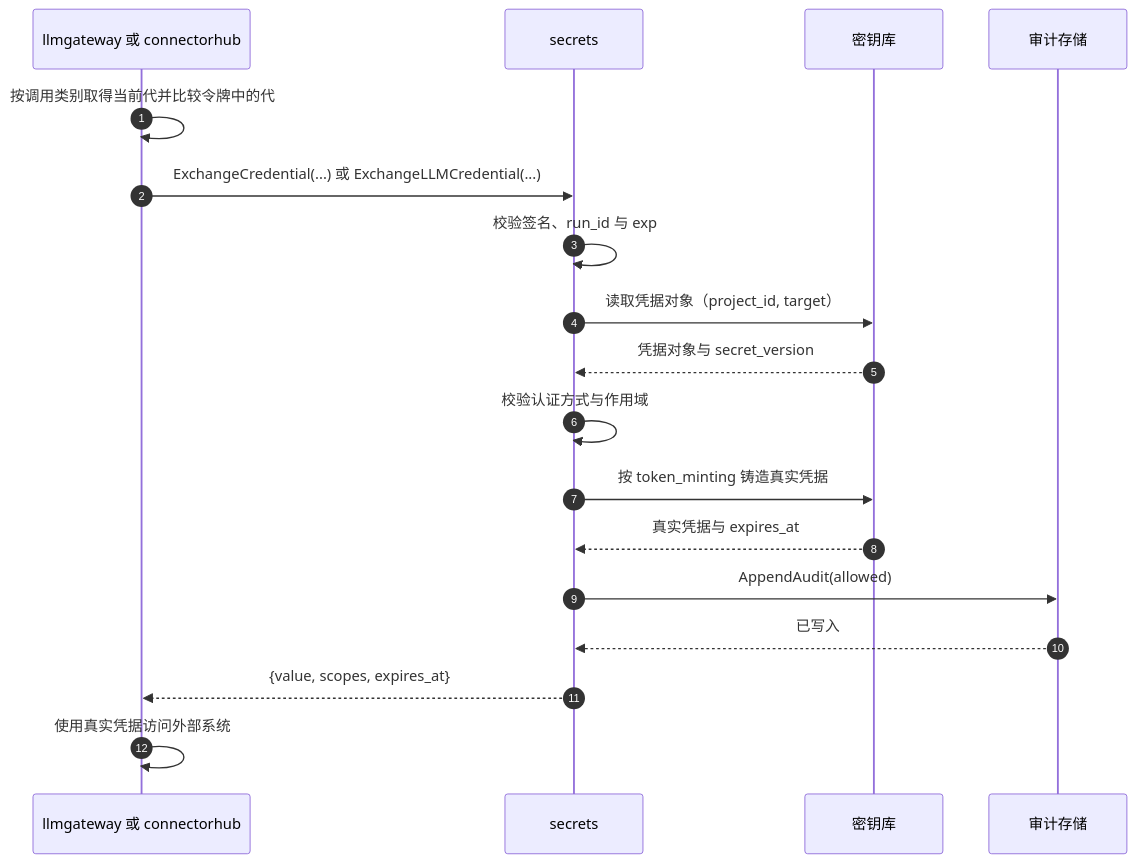
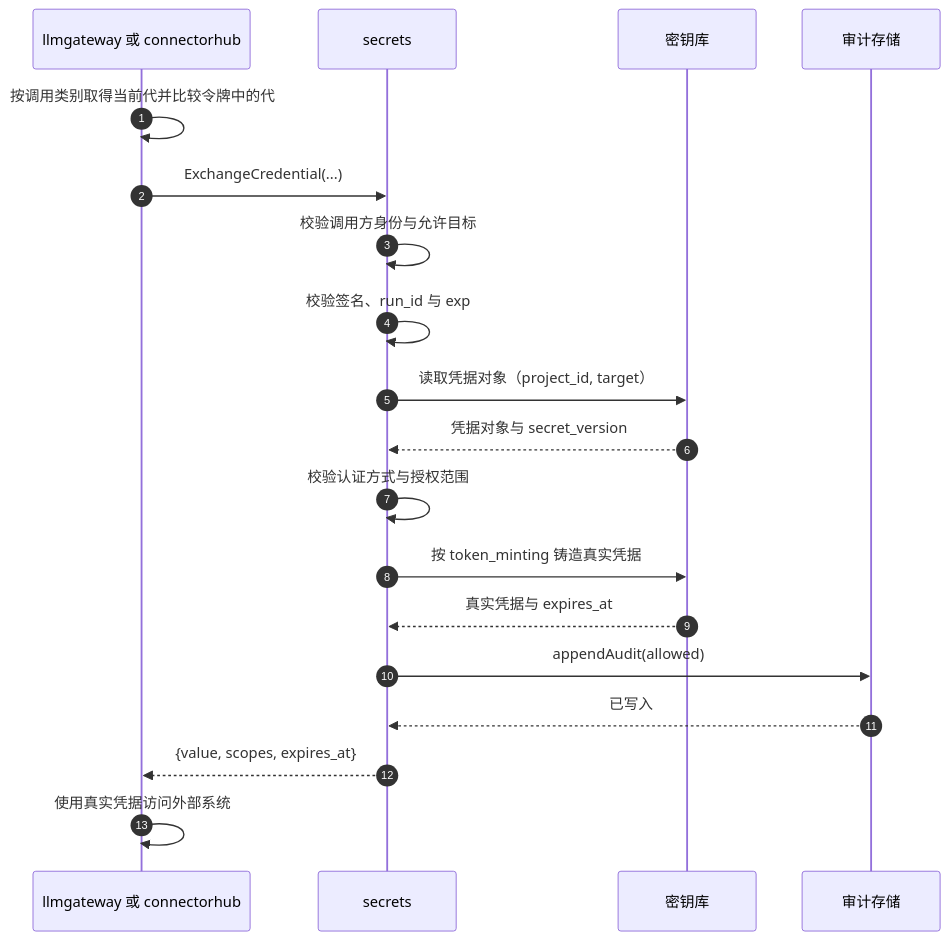
Before and after one commit to wangzw/castworks: the third of 4 diagrams in docs/design/modules/design-secrets.md, drawn with Mermaid. The commit also changed other lines of this file and 5 other files, not shown here.

First line of the commit message:
fix(secrets): align credential-exchange auditing with egress errors

````diff
--- a/docs/design/modules/design-secrets.md
+++ b/docs/design/modules/design-secrets.md
@@ -295,20 +323,21 @@
 ```mermaid
 sequenceDiagram
     autonumber
     participant G as llmgateway 或 connectorhub
     participant S as secrets
     participant V as 密钥库
     participant A as 审计存储
     G->>G: 按调用类别取得当前代并比较令牌中的代
-    G->>S: ExchangeCredential(...) 或 ExchangeLLMCredential(...)
+    G->>S: ExchangeCredential(...)
+    S->>S: 校验调用方身份与允许目标
     S->>S: 校验签名、run_id 与 exp
     S->>V: 读取凭据对象（project_id, target）
     V-->>S: 凭据对象与 secret_version
-    S->>S: 校验认证方式与作用域
+    S->>S: 校验认证方式与授权范围
     S->>V: 按 token_minting 铸造真实凭据
     V-->>S: 真实凭据与 expires_at
-    S->>A: AppendAudit(allowed)
+    S->>A: appendAudit(allowed)
     A-->>S: 已写入
     S-->>G: {value, scopes, expires_at}
     G->>G: 使用真实凭据访问外部系统
 ```
````
